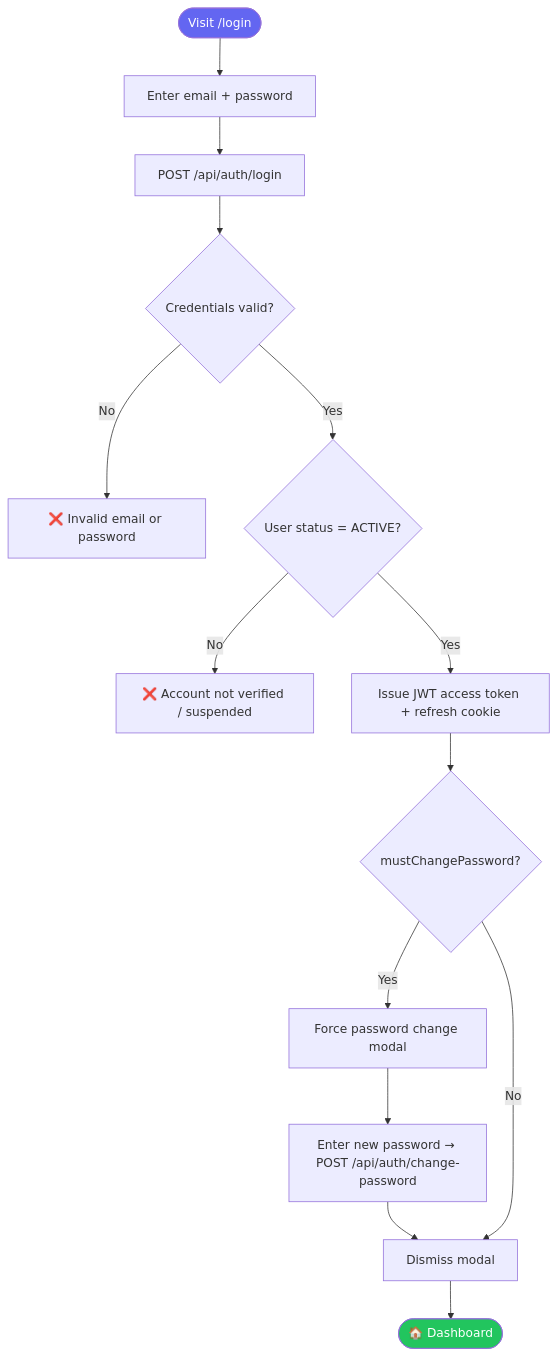
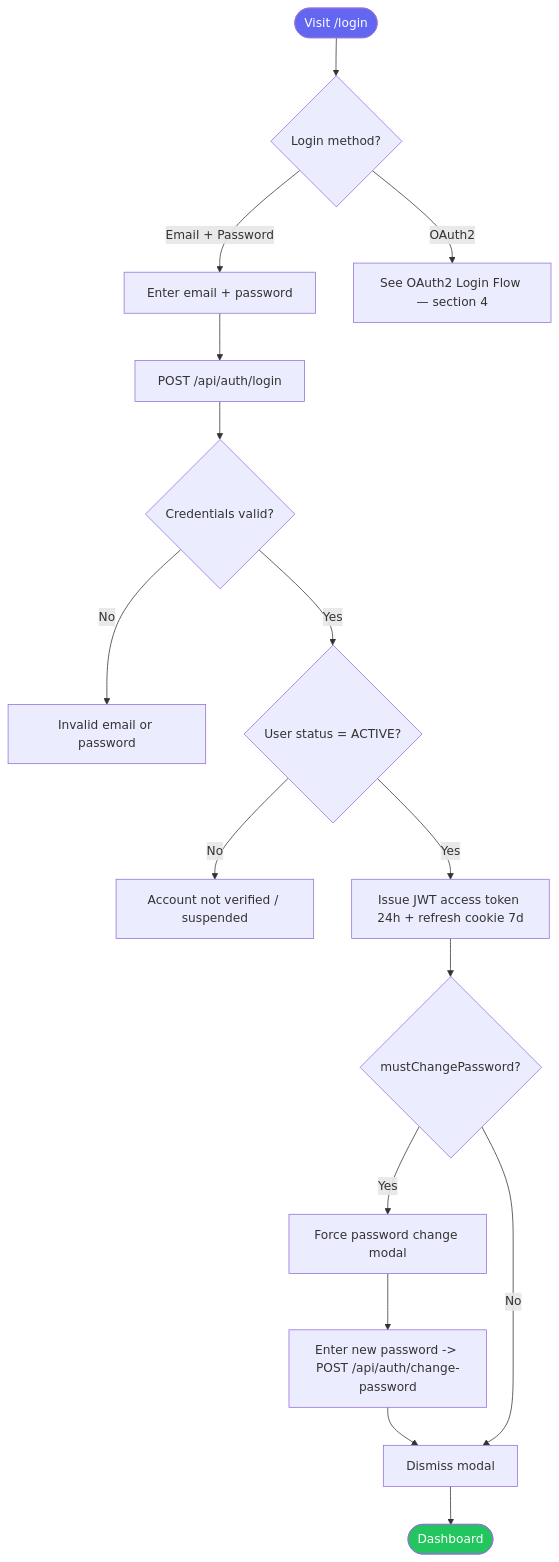
One commit to navneetprabhakar/executespec changed the sixth of 36 diagrams in docs/WORKFLOWS.md. Above: the diagram before and after it, drawn with Mermaid. The commit also changed other lines of this file and 47 other files, not shown here.

````diff
--- a/docs/WORKFLOWS.md
+++ b/docs/WORKFLOWS.md
@@ -161,19 +238,21 @@
 ```mermaid
 flowchart TD
-    A([Visit /login]) --> B[Enter email + password]
-    B --> C[POST /api/auth/login]
-    C --> D{Credentials valid?}
-    D -->|No| E[❌ Invalid email or password]
-    D -->|Yes| F{User status = ACTIVE?}
-    F -->|No| G[❌ Account not verified / suspended]
-    F -->|Yes| H[Issue JWT access token + refresh cookie]
-    H --> I{mustChangePassword?}
-    I -->|Yes| J[Force password change modal]
-    J --> K[Enter new password → POST /api/auth/change-password]
-    K --> L[Dismiss modal]
-    I -->|No| L
-    L --> M([🏠 Dashboard])
+    A([Visit /login]) --> B{Login method?}
+    B -->|Email + Password| C[Enter email + password]
+    B -->|OAuth2| D[See OAuth2 Login Flow — section 4]
+    C --> E[POST /api/auth/login]
+    E --> F{Credentials valid?}
+    F -->|No| G[Invalid email or password]
+    F -->|Yes| H{User status = ACTIVE?}
+    H -->|No| I[Account not verified / suspended]
+    H -->|Yes| J[Issue JWT access token 24h + refresh cookie 7d]
+    J --> K{mustChangePassword?}
+    K -->|Yes| L[Force password change modal]
+    L --> M[Enter new password -> POST /api/auth/change-password]
+    M --> N[Dismiss modal]
+    K -->|No| N
+    N --> O([Dashboard])
 
     style A fill:#6366f1,color:#fff
-    style M fill:#22c55e,color:#fff
+    style O fill:#22c55e,color:#fff
 ```
````
